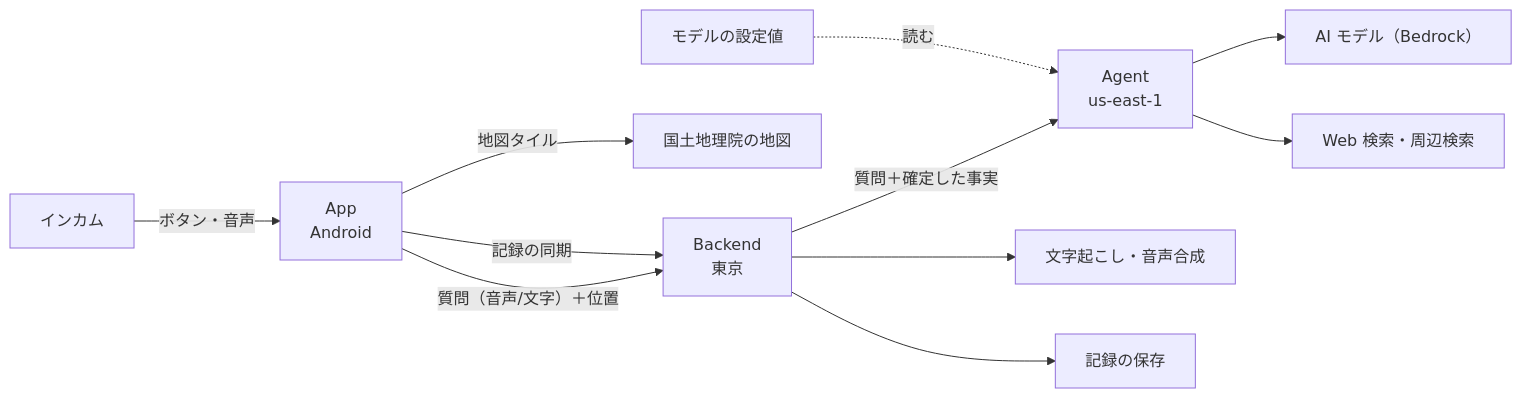
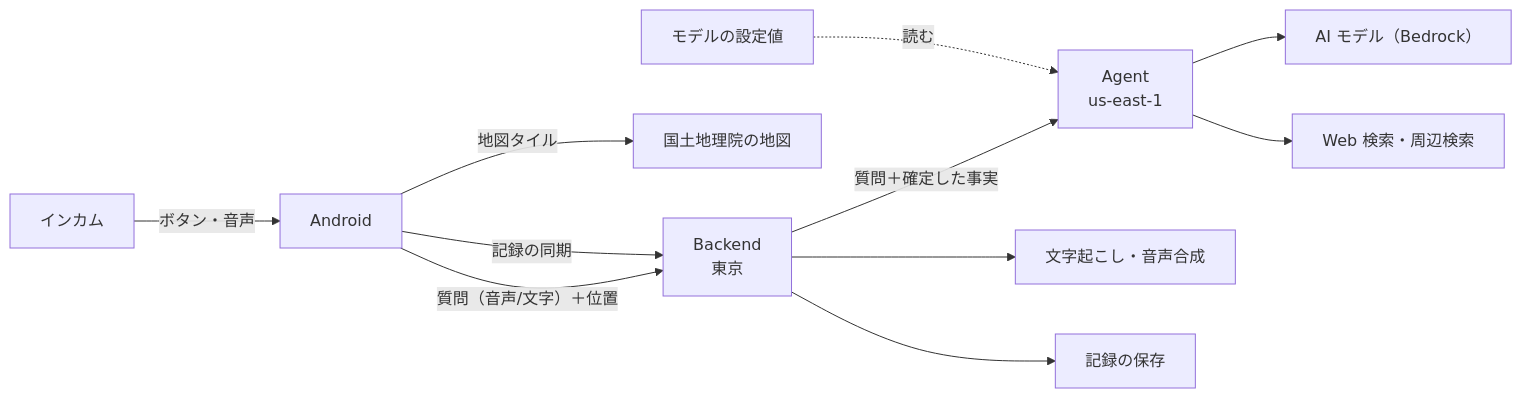
Before and after one commit to h-akira/TouringProjectV2_Agent: the diagram in docs-parent/05_technical_policies.md, drawn with Mermaid. The commit also changed other lines of this file and 3 other files, not shown here.

````diff
--- a/docs-parent/05_technical_policies.md
+++ b/docs-parent/05_technical_policies.md
@@ -21,13 +21,13 @@
 ```mermaid
 flowchart LR
-    I["インカム"] -->|"ボタン・音声"| App["App<br/>Android"]
-    App -->|"質問（音声/文字）＋位置"| BE["Backend<br/>東京"]
-    App -->|"記録の同期"| BE
-    App -->|"地図タイル"| GSI["国土地理院の地図"]
+    I["インカム"] -->|"ボタン・音声"| Android["Android"]
+    Android -->|"質問（音声/文字）＋位置"| BE["Backend<br/>東京"]
+    Android -->|"記録の同期"| BE
+    Android -->|"地図タイル"| GSI["国土地理院の地図"]
     BE -->|"質問＋確定した事実"| AG["Agent<br/>us-east-1"]
     AG --> LLM["AI モデル（Bedrock）"]
     AG --> TOOL["Web 検索・周辺検索"]
     BE --> SPEECH["文字起こし・音声合成"]
     BE --> DB["記録の保存"]
     CFG["モデルの設定値"] -.->|"読む"| AG
 ```
````
